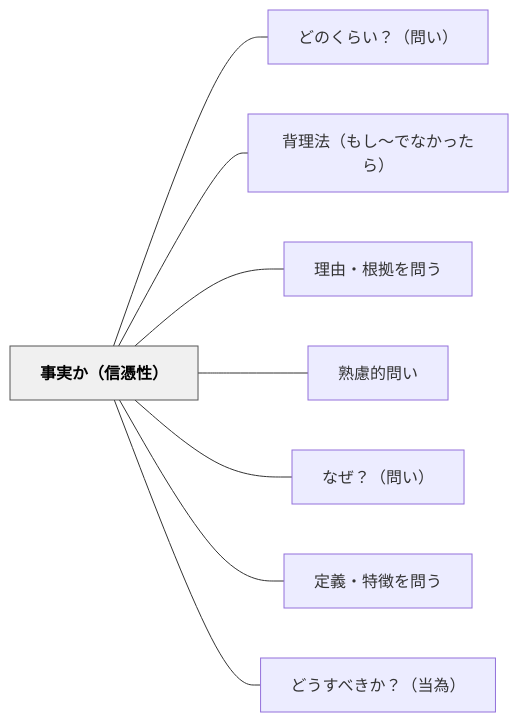
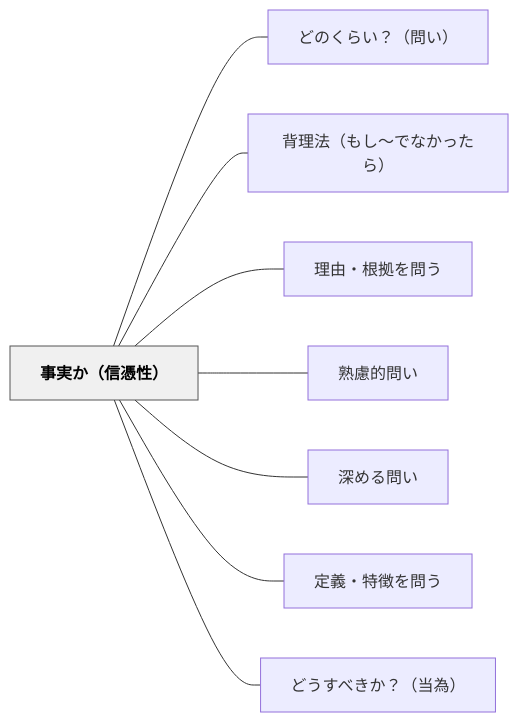
One commit to unknownthings-ed-patterns/unknownthings-ed-patterns changed the diagram in content/パタン/事実か（信憑性）.md. Above: the diagram before and after it, drawn with Mermaid. The commit also changed other lines of this file and 37 other files, not shown here.

````diff
--- a/content/パタン/事実か（信憑性）.md
+++ b/content/パタン/事実か（信憑性）.md
@@ -44,22 +44,22 @@
 ```mermaid
 flowchart LR
     ne4ba8be5ae9fe3818befbc88e4bfa1e68691e680a7efbc89["事実か（信憑性）"]
     ne381a9e381aee3818fe38289e38184efbc9fefbc88e5958fe38184efbc89["どのくらい？（問い）"]
     ne8838ce79086e6b395efbc88e38282e38197e3809ce381a7e381aae3818be381a3e3819fe38289efbc89["背理法（もし〜でなかったら）"]
     ne79086e794b1e383bbe6a0b9e68ba0e38292e5958fe38186["理由・根拠を問う"]
     ne7869fe685aee79a84e5958fe38184["熟慮的問い"]
-    ne381aae3819cefbc9fefbc88e5958fe38184efbc89["なぜ？（問い）"]
+    ne6b7b1e38281e3828be5958fe38184["深める問い"]
     ne5ae9ae7bea9e383bbe789b9e5beb4e38292e5958fe38186["定義・特徴を問う"]
     ne381a9e38186e38199e381b9e3818de3818befbc9fefbc88e5bd93e782baefbc89["どうすべきか？（当為）"]
 
     ne4ba8be5ae9fe3818befbc88e4bfa1e68691e680a7efbc89 --- ne381a9e381aee3818fe38289e38184efbc9fefbc88e5958fe38184efbc89
     ne4ba8be5ae9fe3818befbc88e4bfa1e68691e680a7efbc89 --- ne8838ce79086e6b395efbc88e38282e38197e3809ce381a7e381aae3818be381a3e3819fe38289efbc89
     ne4ba8be5ae9fe3818befbc88e4bfa1e68691e680a7efbc89 --- ne79086e794b1e383bbe6a0b9e68ba0e38292e5958fe38186
     ne4ba8be5ae9fe3818befbc88e4bfa1e68691e680a7efbc89 --- ne7869fe685aee79a84e5958fe38184
-    ne4ba8be5ae9fe3818befbc88e4bfa1e68691e680a7efbc89 --- ne381aae3819cefbc9fefbc88e5958fe38184efbc89
+    ne4ba8be5ae9fe3818befbc88e4bfa1e68691e680a7efbc89 --- ne6b7b1e38281e3828be5958fe38184
     ne4ba8be5ae9fe3818befbc88e4bfa1e68691e680a7efbc89 --- ne5ae9ae7bea9e383bbe789b9e5beb4e38292e5958fe38186
     ne4ba8be5ae9fe3818befbc88e4bfa1e68691e680a7efbc89 --- ne381a9e38186e38199e381b9e3818de3818befbc9fefbc88e5bd93e782baefbc89
 
     classDef hub fill:#f0f0f0,stroke:#555,color:#000,font-weight:bold
     class ne4ba8be5ae9fe3818befbc88e4bfa1e68691e680a7efbc89 hub
 ```
````
